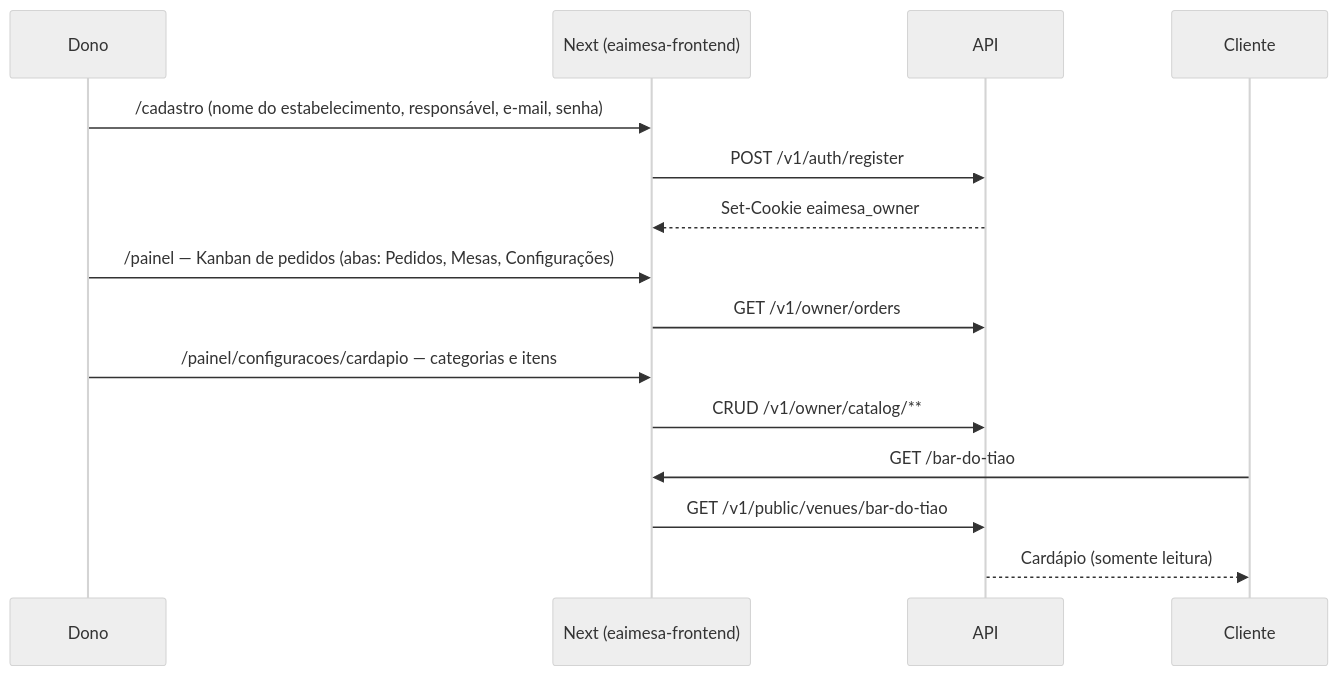
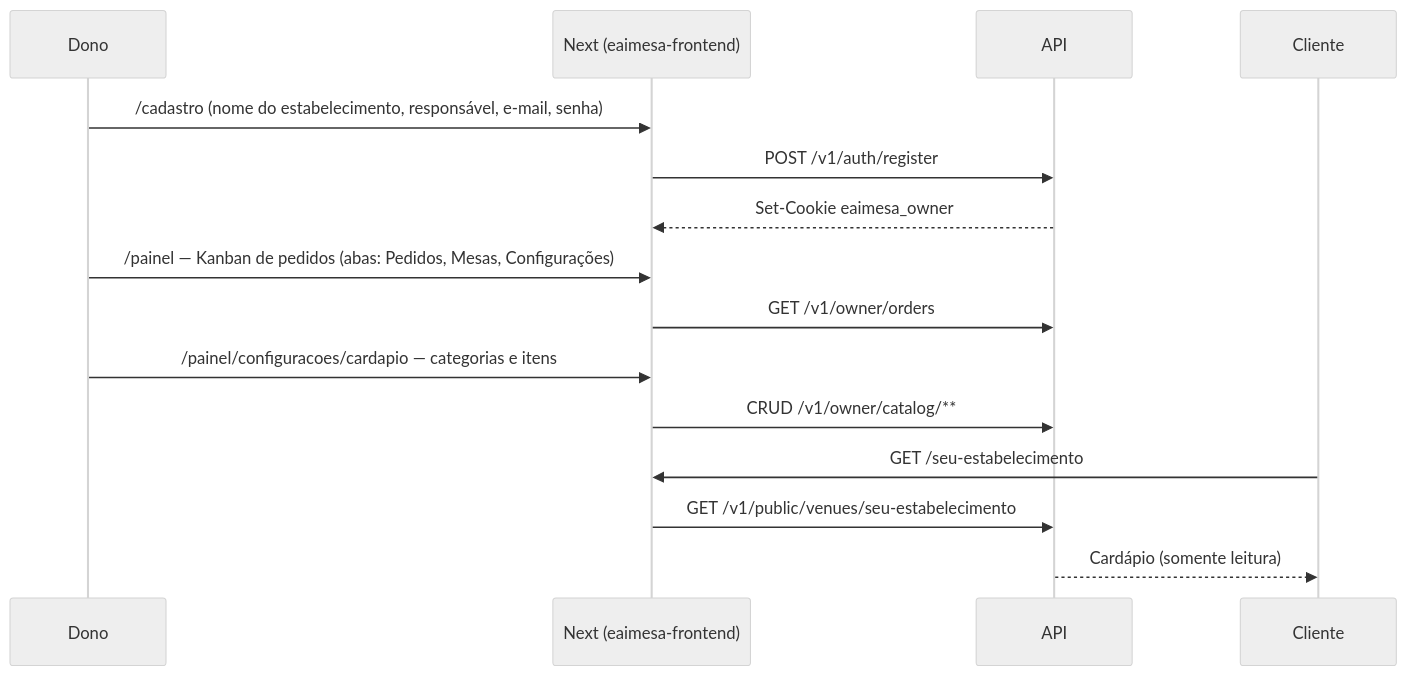
The first of 7 diagrams in docs/product/fluxos.md (filiperamosds/eaimesa-frontend), drawn with Mermaid (neutral theme) before and after one commit. The commit also changed other lines of this file and 35 other files, not shown here.

First line of the commit message:
feat(admin): equipe de operadores e seed Seu Estabelecimento

````diff
--- a/docs/product/fluxos.md
+++ b/docs/product/fluxos.md
@@ -7,18 +7,18 @@
 ```mermaid
 sequenceDiagram
   participant D as Dono
   participant W as Next (eaimesa-frontend)
   participant API as API
   participant C as Cliente
 
   D->>W: /cadastro (nome do estabelecimento, responsável, e-mail, senha)
   W->>API: POST /v1/auth/register
   API-->>W: Set-Cookie eaimesa_owner
   D->>W: /painel — Kanban de pedidos (abas: Pedidos, Mesas, Configurações)
   W->>API: GET /v1/owner/orders
   D->>W: /painel/configuracoes/cardapio — categorias e itens
   W->>API: CRUD /v1/owner/catalog/**
-  C->>W: GET /bar-do-tiao
-  W->>API: GET /v1/public/venues/bar-do-tiao
+  C->>W: GET /seu-estabelecimento
+  W->>API: GET /v1/public/venues/seu-estabelecimento
   API-->>C: Cardápio (somente leitura)
 ```
````
